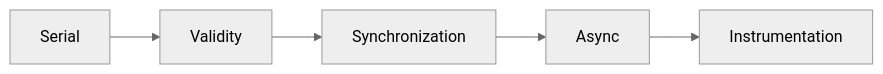
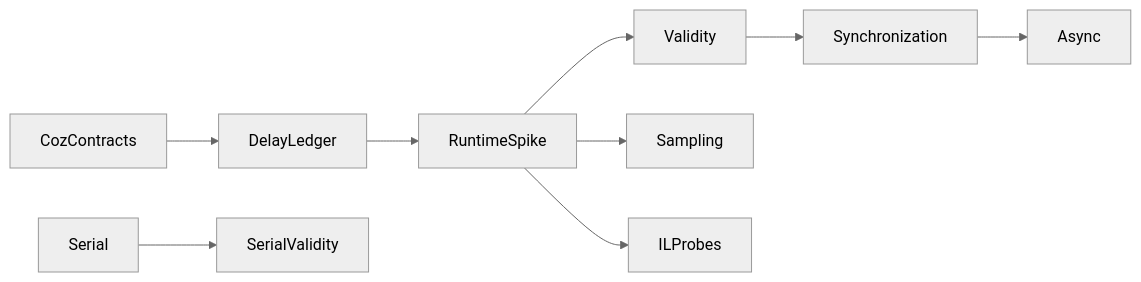
The diagram in lode/plans/roadmap.md (TheAngryByrd/CozNet), drawn with Mermaid (neutral theme) before and after one commit. The commit also changed other lines of this file and 9 other files, not shown here.

Commit message:
Model sampled Coz delay accounting and define CLR port design

````diff
--- a/lode/plans/roadmap.md
+++ b/lode/plans/roadmap.md
@@ -21,4 +28,7 @@
 ```mermaid
 flowchart LR
-    Serial --> Validity --> Synchronization --> Async --> Instrumentation
+    CozContracts --> DelayLedger --> RuntimeSpike --> Validity --> Synchronization --> Async
+    RuntimeSpike --> Sampling
+    RuntimeSpike --> ILProbes
+    Serial --> SerialValidity
 ```
````
